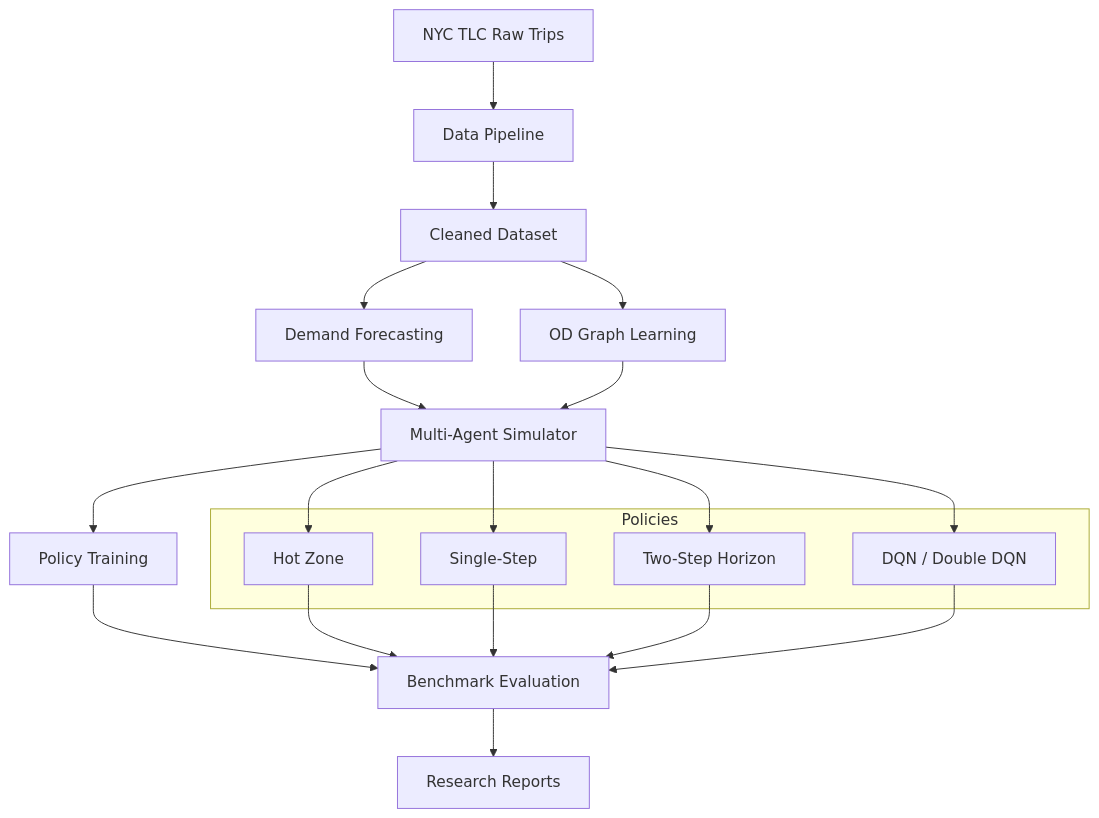
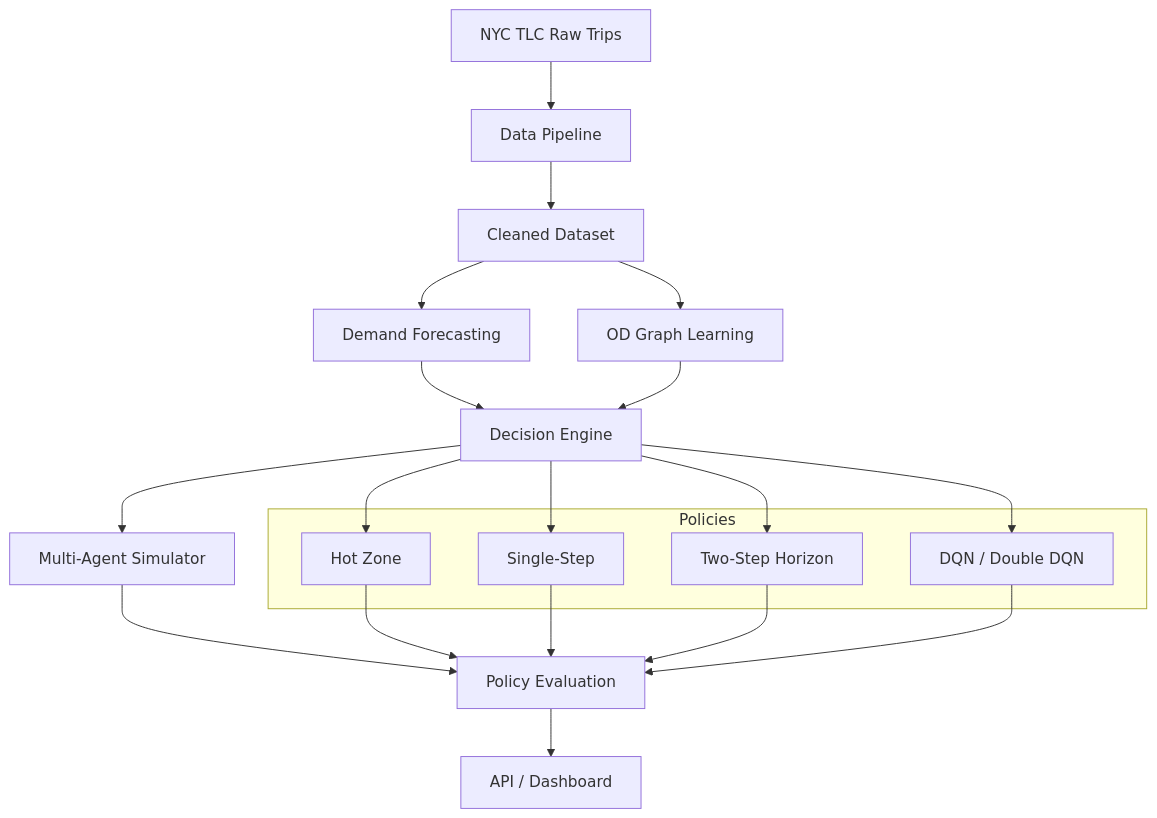
The diagram in README.md (caizefan34/nyc-taxi-zone-recommendation), drawn with Mermaid before and after one commit. The commit also changed other lines of this file and 75 other files, not shown here.

````diff
--- a/README.md
+++ b/README.md
@@ -54,22 +189,22 @@
 ```mermaid
 graph TD
     A[NYC TLC Raw Trips] --> B[Data Pipeline]
     B --> C[Cleaned Dataset]
     C --> D[Demand Forecasting]
     C --> E[OD Graph Learning]
-    D --> F[Multi-Agent Simulator]
+    D --> F[Decision Engine]
     E --> F
-    F --> G[Policy Training]
-    G --> H[Benchmark Evaluation]
-    H --> I[Research Reports]
+    F --> G[Multi-Agent Simulator]
+    G --> H[Policy Evaluation]
+    H --> I[API / Dashboard]
     
     subgraph Policies
         P1[Hot Zone]
         P2[Single-Step]
         P3[Two-Step Horizon]
         P4[DQN / Double DQN]
     end
     
     F --> P1 & P2 & P3 & P4
     P1 & P2 & P3 & P4 --> H
 ```
````
